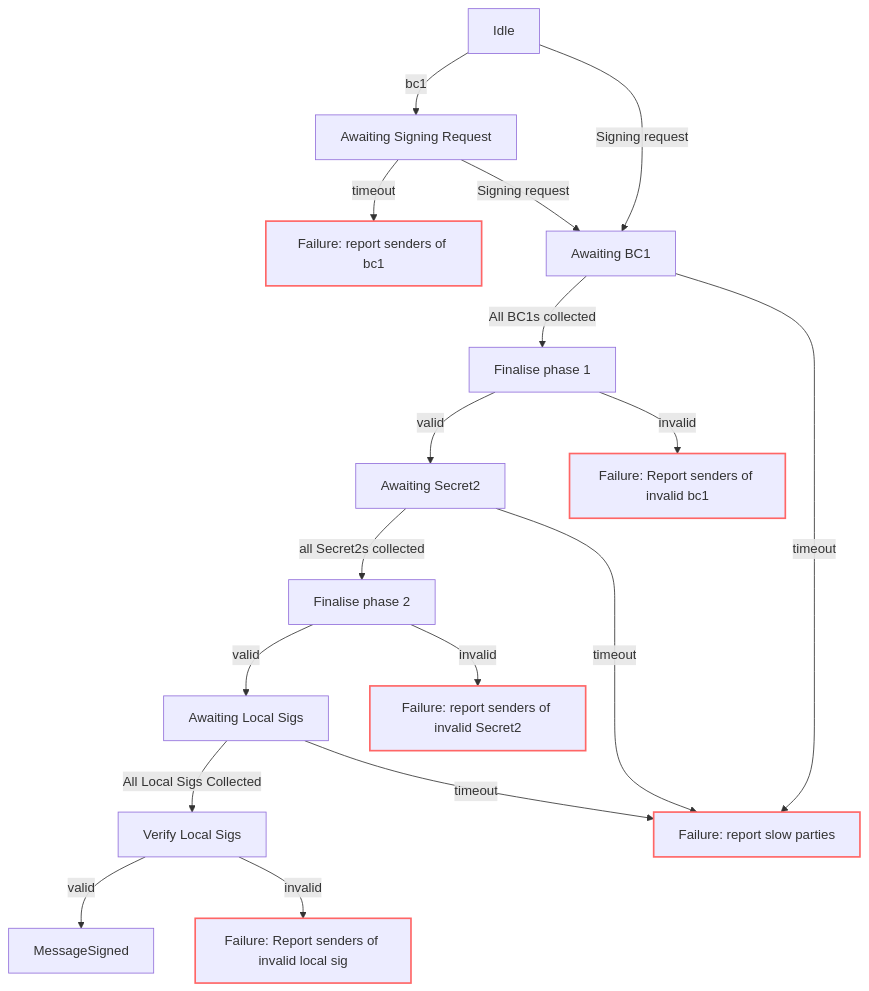
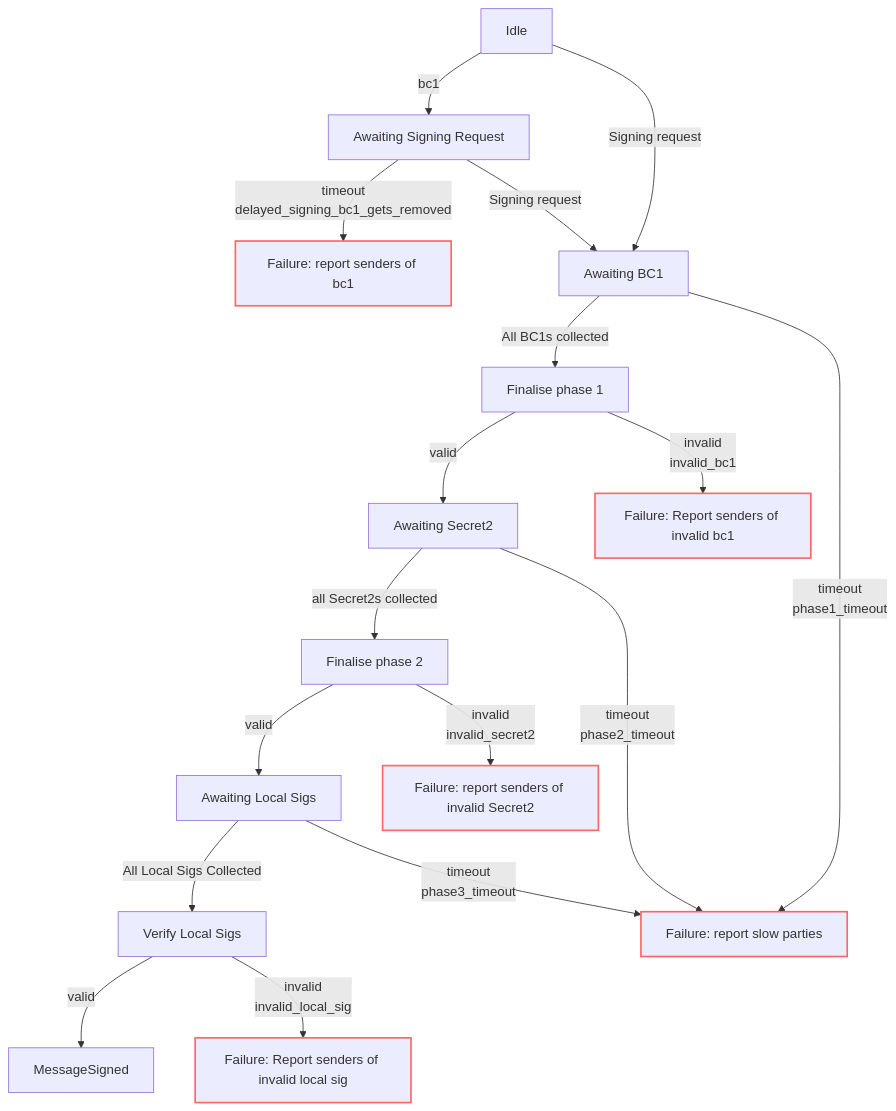
The third of 3 diagrams in engine/src/signing/readme.md (chainflip-io/chainflip-backend), drawn with Mermaid before and after one commit. The commit also changed other lines of this file and 3 other files, not shown here.

````diff
--- a/engine/src/signing/readme.md
+++ b/engine/src/signing/readme.md
@@ -117,22 +117,22 @@
 ```mermaid
 graph TD;
 Idle--bc1-->AwaitingKR[Awaiting Signing Request];
 Idle--Signing request-->AwaitingBc1[Awaiting BC1];
-AwaitingKR--timeout-->Timeout1[Failure: report senders of bc1];
+AwaitingKR--timeout<br>delayed_signing_bc1_gets_removed-->Timeout1[Failure: report senders of bc1];
 AwaitingKR--Signing request-->AwaitingBc1;
 AwaitingBc1--All BC1s collected-->Finalise1[Finalise phase 1];
 Finalise1--valid-->AwaitSec2[Awaiting Secret2];
-Finalise1--invalid-->InvalidBC1[Failure: Report senders of invalid bc1];
+Finalise1--invalid<br>invalid_bc1-->InvalidBC1[Failure: Report senders of invalid bc1];
 AwaitSec2--all Secret2s collected-->Finalise2[Finalise phase 2];
-AwaitSec2--timeout-->Timeout2[Failure: report slow parties];
+AwaitSec2--timeout<br>phase2_timeout-->Timeout2[Failure: report slow parties];
 Finalise2--valid-->AwaitingLocalSig3[Awaiting Local Sigs];
-Finalise2--invalid-->InvalidSec2[Failure: report senders of invalid Secret2];
-AwaitingBc1--timeout-->Timeout2;
+Finalise2--invalid<br>invalid_secret2-->InvalidSec2[Failure: report senders of invalid Secret2];
+AwaitingBc1--timeout <br>phase1_timeout-->Timeout2;
 AwaitingLocalSig3--All Local Sigs Collected-->Finalise3[Verify Local Sigs];
-AwaitingLocalSig3--timeout-->Timeout2;
+AwaitingLocalSig3--timeout<br>phase3_timeout-->Timeout2;
 Finalise3--valid-->MessageSigned;
-Finalise3--invalid-->InvalidLS[Failure: Report senders of invalid local sig]
+Finalise3--invalid<br>invalid_local_sig-->InvalidLS[Failure: Report senders of invalid local sig]
 
 classDef Error stroke:#f66,stroke-width:2px;
 class InvalidLS,InvalidSec2,InvalidBC1,Timeout2,Timeout1 Error
 ```
````
